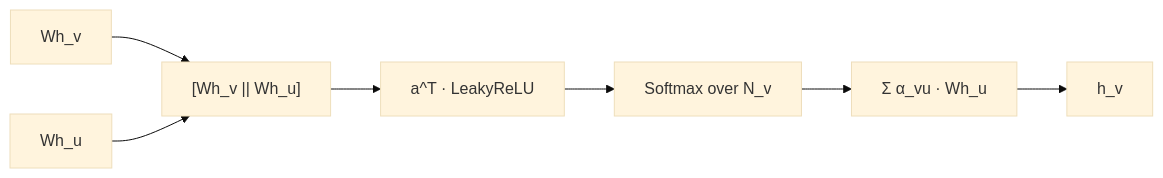
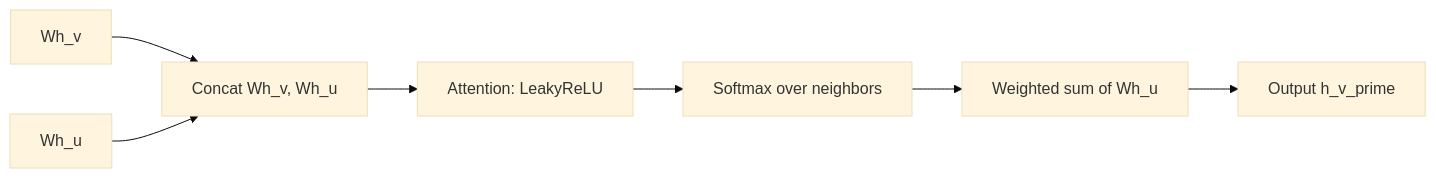
Before and after one commit to AngelP17/Rift: the sixth of 16 diagrams in ARCHITECTURE.md, drawn with Mermaid (base theme). The commit also changed other lines of this file, not shown here.

````diff
--- a/ARCHITECTURE.md
+++ b/ARCHITECTURE.md
@@ -191,9 +241,9 @@
 ```mermaid
 flowchart LR
-    XV[Wh_v] --> CAT["[Wh_v || Wh_u]"]
-    XU[Wh_u] --> CAT
-    CAT --> ATT[a^T · LeakyReLU]
-    ATT --> SOFT[Softmax over N_v]
-    SOFT --> AGG["Σ α_vu · Wh_u"]
-    AGG --> OUT[h_v]
+    XV["Wh_v"] --> CAT["Concat Wh_v, Wh_u"]
+    XU["Wh_u"] --> CAT
+    CAT --> ATT["Attention: LeakyReLU"]
+    ATT --> SOFT["Softmax over neighbors"]
+    SOFT --> AGG["Weighted sum of Wh_u"]
+    AGG --> OUT["Output h_v_prime"]
 ```
````
